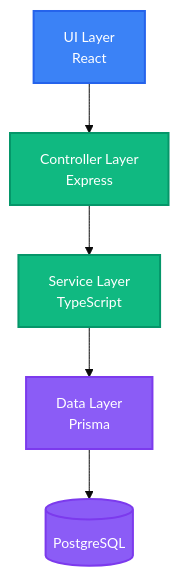
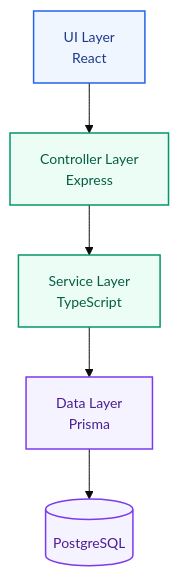
Before and after one commit to LINJIANG12/general-readme-skill: the fourth of 10 diagrams in references/diagram-templates.md, drawn with Mermaid. The commit also changed other lines of this file and 13 other files, not shown here.

`````diff
--- a/references/diagram-templates.md
+++ b/references/diagram-templates.md
@@ -171,16 +185,16 @@
 ````mermaid
 %%{init: {'theme': 'base', 'themeVariables': {'fontSize': '14px'}}}%%
 graph TD
     A[UI Layer<br/>React] --> B[Controller Layer<br/>Express]
     B --> C[Service Layer<br/>TypeScript]
     C --> D[Data Layer<br/>Prisma]
     D --> E[(PostgreSQL)]
 
-    classDef client fill:#3B82F6,stroke:#2563EB,color:#fff,stroke-width:2px
-    classDef service fill:#10B981,stroke:#059669,color:#fff,stroke-width:2px
-    classDef data fill:#8B5CF6,stroke:#7C3AED,color:#fff,stroke-width:2px
+    classDef client fill:#EFF6FF,stroke:#2563EB,color:#1E3A8A,stroke-width:1.5px
+    classDef service fill:#ECFDF5,stroke:#059669,color:#065F46,stroke-width:1.5px
+    classDef data fill:#F5F3FF,stroke:#7C3AED,color:#4C1D95,stroke-width:1.5px
 
     class A client
     class B,C service
     class D,E data
 ````
`````
